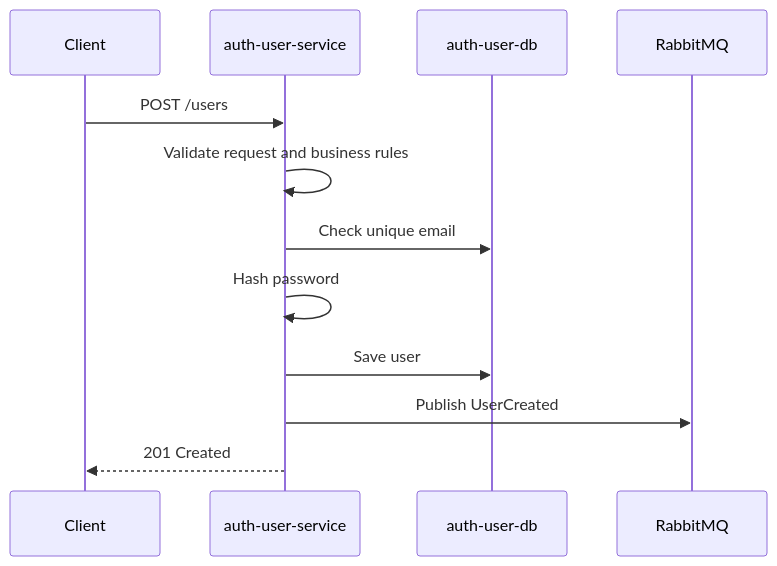
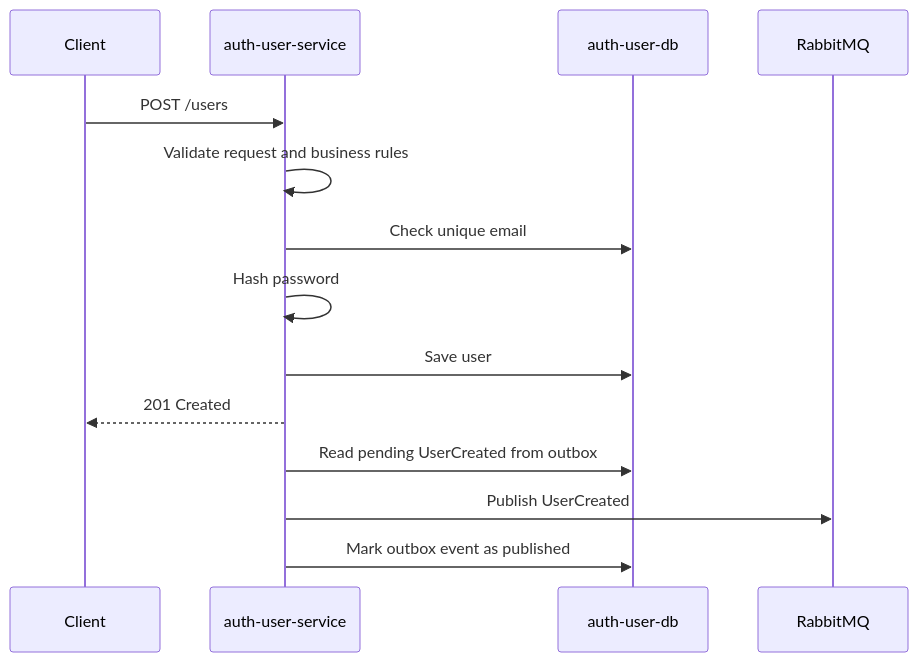
One commit to YuriRomao1/ead_plataform changed the diagram in docs/fdds/fdd-001-auth-user-service.md. Above: the diagram before and after it, drawn with Mermaid. The commit also changed other lines of this file and 21 other files, not shown here.

Commit message:
feat: align outbox schema with relay

````diff
--- a/docs/fdds/fdd-001-auth-user-service.md
+++ b/docs/fdds/fdd-001-auth-user-service.md
@@ -85,15 +88,17 @@
 ```mermaid
 sequenceDiagram
     participant Client as Client
     participant Auth as auth-user-service
     participant AuthDb as auth-user-db
     participant RabbitMQ as RabbitMQ
 
     Client->>Auth: POST /users
     Auth->>Auth: Validate request and business rules
     Auth->>AuthDb: Check unique email
     Auth->>Auth: Hash password
     Auth->>AuthDb: Save user
+    Auth-->>Client: 201 Created
+    Auth->>AuthDb: Read pending UserCreated from outbox
     Auth->>RabbitMQ: Publish UserCreated
-    Auth-->>Client: 201 Created
+    Auth->>AuthDb: Mark outbox event as published
 ```
````
